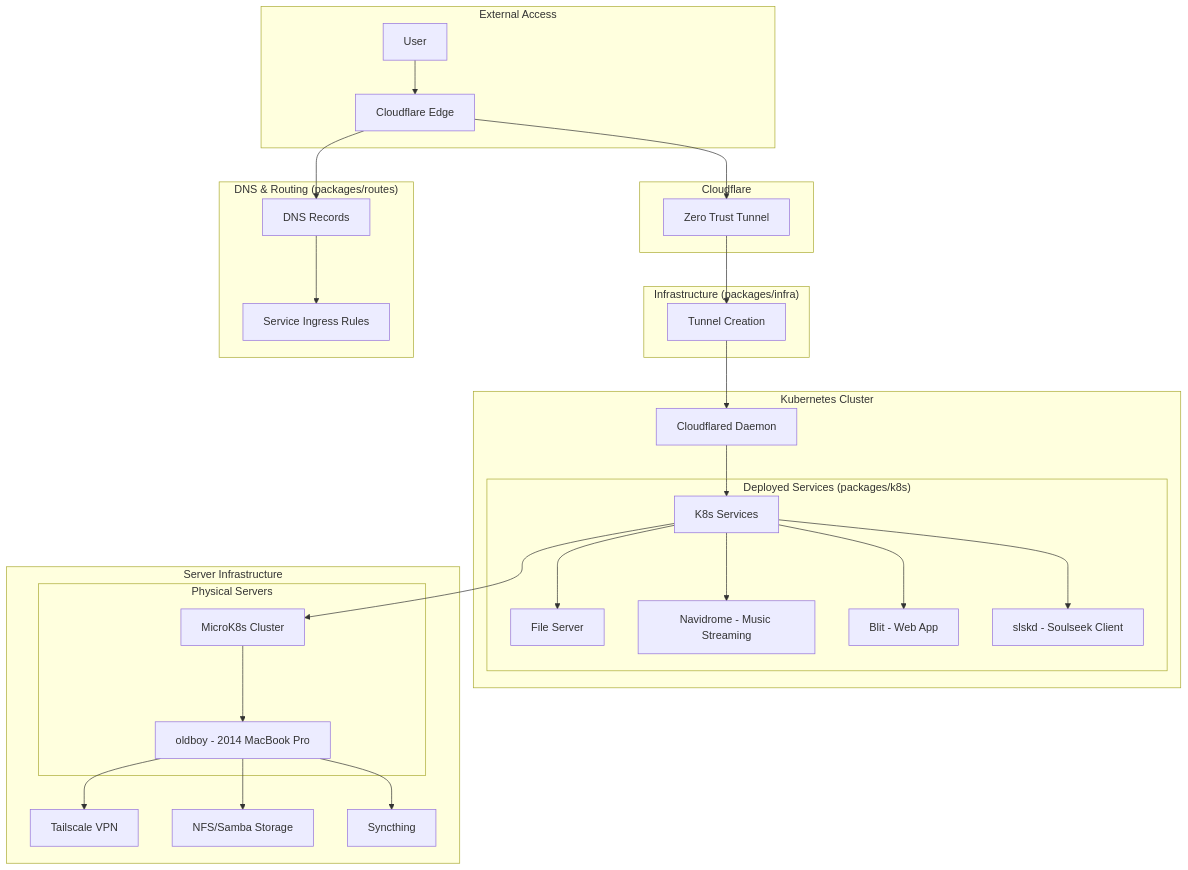
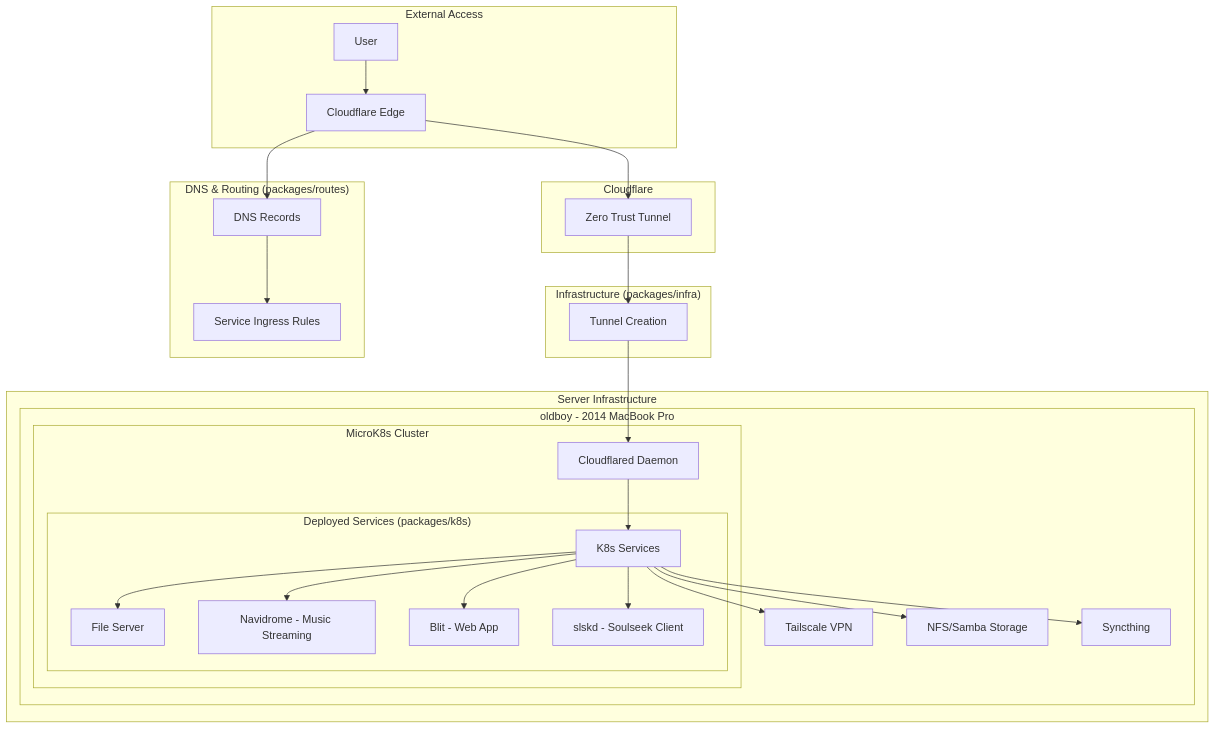
One commit to radiosilence/jaritanet changed the diagram in README.md. Above: the diagram before and after it, drawn with Mermaid.

Commit message:
Restructure diagram to show MicroK8s cluster inside MacBook Pro
- Makes the physical containment clearer by nesting cluster within server
- Shows that all services run on the single oldboy machine
- Better represents the actual deployment topology

🤖 Generated with [Claude Code](https://claude.ai/code)

````diff
--- a/README.md
+++ b/README.md
@@ -13,43 +13,40 @@
 ```mermaid
 graph TB
     subgraph "External Access"
         User[User] --> CF[Cloudflare Edge]
     end
     
     subgraph "Cloudflare"
         CF --> Tunnel[Zero Trust Tunnel]
     end
     
     subgraph "Infrastructure (packages/infra)"
         Tunnel --> TunnelConfig[Tunnel Creation]
     end
     
-    subgraph "Kubernetes Cluster"
-        TunnelConfig --> Cloudflared[Cloudflared Daemon]
-        Cloudflared --> Services[K8s Services]
-        
-        subgraph "Deployed Services (packages/k8s)"
-            Services --> FileServer[File Server]
-            Services --> Navidrome[Navidrome - Music Streaming]
-            Services --> Blit[Blit - Web App]
-            Services --> Slskd[slskd - Soulseek Client]
-        end
-    end
-    
     subgraph "DNS & Routing (packages/routes)"
         CF --> DNS[DNS Records]
         DNS --> Ingress[Service Ingress Rules]
     end
     
     subgraph "Server Infrastructure"
-        Services --> MicroK8s[MicroK8s Cluster]
-        
-        subgraph "Physical Servers"
-            MicroK8s --> Oldboy[oldboy - 2014 MacBook Pro]
+        subgraph "oldboy - 2014 MacBook Pro"
+            TunnelConfig --> Cloudflared[Cloudflared Daemon]
+            
+            subgraph "MicroK8s Cluster"
+                Cloudflared --> Services[K8s Services]
+                
+                subgraph "Deployed Services (packages/k8s)"
+                    Services --> FileServer[File Server]
+                    Services --> Navidrome[Navidrome - Music Streaming]
+                    Services --> Blit[Blit - Web App]
+                    Services --> Slskd[slskd - Soulseek Client]
+                end
+            end
+            
+            Services --> Tailscale[Tailscale VPN]
+            Services --> Storage[NFS/Samba Storage]
+            Services --> Sync[Syncthing]
         end
-        
-        Oldboy --> Tailscale[Tailscale VPN]
-        Oldboy --> Storage[NFS/Samba Storage]
-        Oldboy --> Sync[Syncthing]
     end
 ```
````
